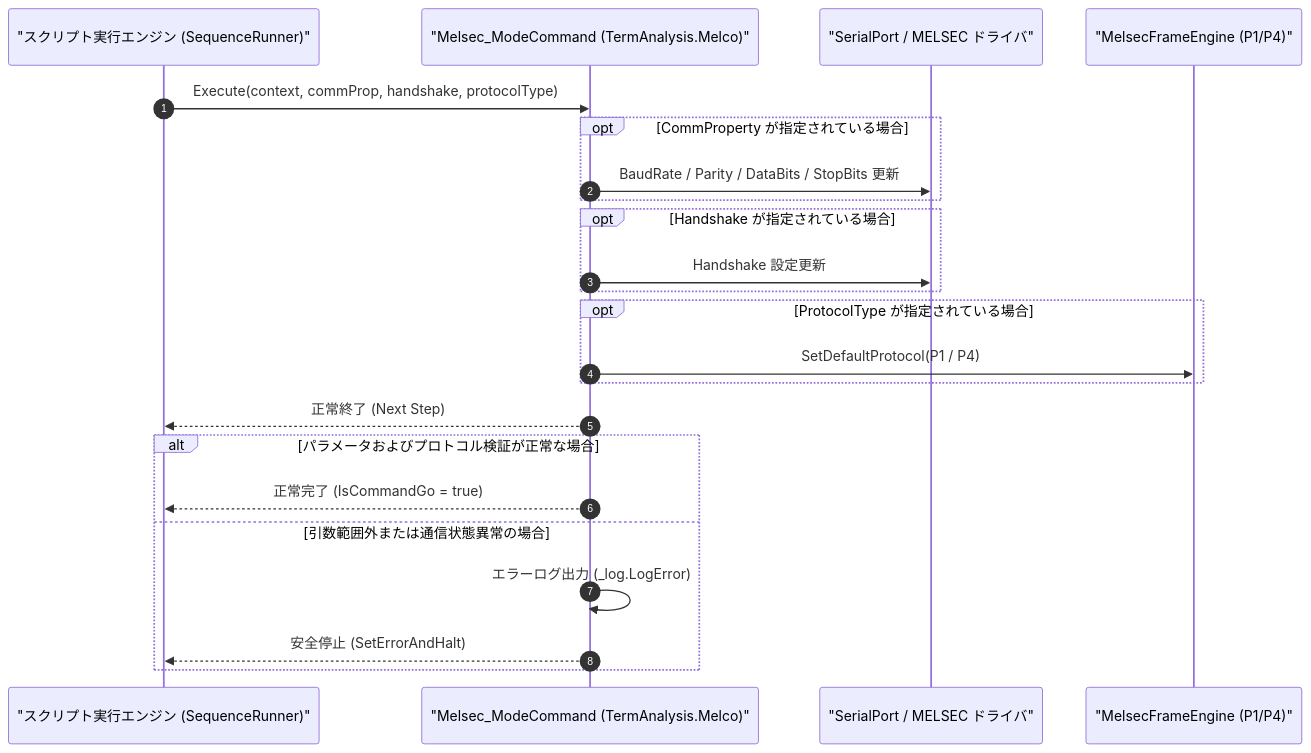
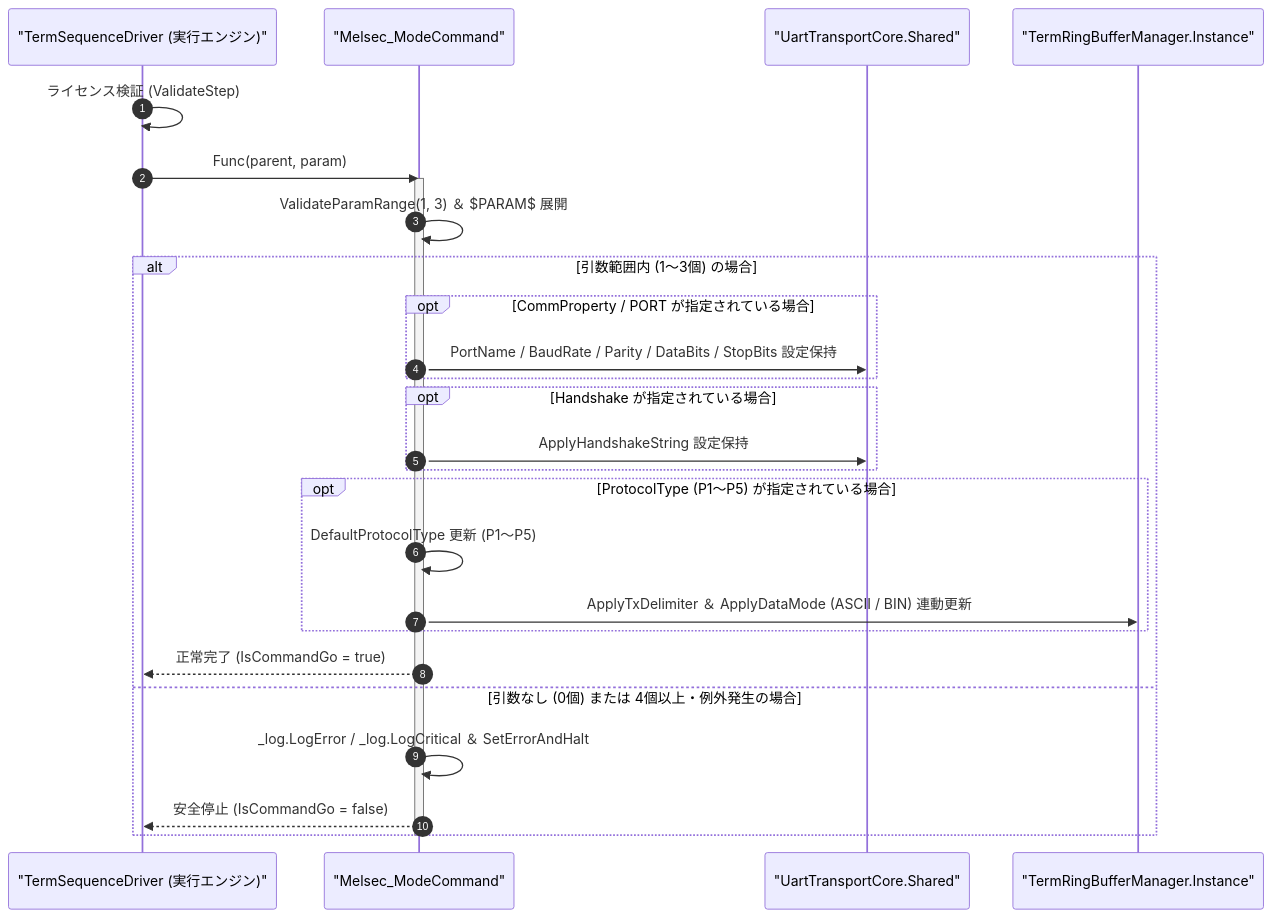
Before and after one commit to Monaca-App/TermAddIn: the diagram in Manual/Melco/Melsec_Mode.Md, drawn with Mermaid. The commit also changed other lines of this file and 157 other files, not shown here.

````diff
--- a/Manual/Melco/Melsec_Mode.Md
+++ b/Manual/Melco/Melsec_Mode.Md
@@ -66,26 +68,30 @@
 ```mermaid
 sequenceDiagram
     autonumber
-    participant Script as "スクリプト実行エンジン (SequenceRunner)"
-    participant Cmd as "Melsec_ModeCommand (TermAnalysis.Melco)"
-    participant Port as "SerialPort / MELSEC ドライバ"
-    participant Framing as "MelsecFrameEngine (P1/P4)"
+    participant Driver as "TermSequenceDriver (実行エンジン)"
+    participant Cmd as "Melsec_ModeCommand"
+    participant Port as "UartTransportCore.Shared"
+    participant Buf as "TermRingBufferManager.Instance"
 
-    Script->>Cmd: Execute(context, commProp, handshake, protocolType)
-    opt CommProperty が指定されている場合
-        Cmd->>Port: BaudRate / Parity / DataBits / StopBits 更新
+    Driver->>Driver: ライセンス検証 (ValidateStep)
+    Driver->>Cmd: Func(parent, param)
+    activate Cmd
+    Cmd->>Cmd: ValidateParamRange(1, 3) ＆ $PARAM$ 展開
+    alt 引数範囲内 (1〜3個) の場合
+        opt CommProperty / PORT が指定されている場合
+            Cmd->>Port: PortName / BaudRate / Parity / DataBits / StopBits 設定保持
+        end
+        opt Handshake が指定されている場合
+            Cmd->>Port: ApplyHandshakeString 設定保持
+        end
+        opt ProtocolType (P1〜P5) が指定されている場合
+            Cmd->>Cmd: DefaultProtocolType 更新 (P1〜P5)
+            Cmd->>Buf: ApplyTxDelimiter ＆ ApplyDataMode (ASCII / BIN) 連動更新
+        end
+        Cmd-->>Driver: 正常完了 (IsCommandGo = true)
+    else 引数なし (0個) または 4個以上・例外発生の場合
+        Cmd->>Cmd: _log.LogError / _log.LogCritical ＆ SetErrorAndHalt
+        Cmd-->>Driver: 安全停止 (IsCommandGo = false)
     end
-    opt Handshake が指定されている場合
-        Cmd->>Port: Handshake 設定更新
-    end
-    opt ProtocolType が指定されている場合
-        Cmd->>Framing: SetDefaultProtocol(P1 / P4)
-    end
-    Cmd-->>Script: 正常終了 (Next Step)
-    alt パラメータおよびプロトコル検証が正常な場合
-        Cmd-->>Script: 正常完了 (IsCommandGo = true)
-    else 引数範囲外または通信状態異常の場合
-        Cmd->>Cmd: エラーログ出力 (_log.LogError)
-        Cmd-->>Script: 安全停止 (SetErrorAndHalt)
-    end
+    deactivate Cmd
 ```
````
